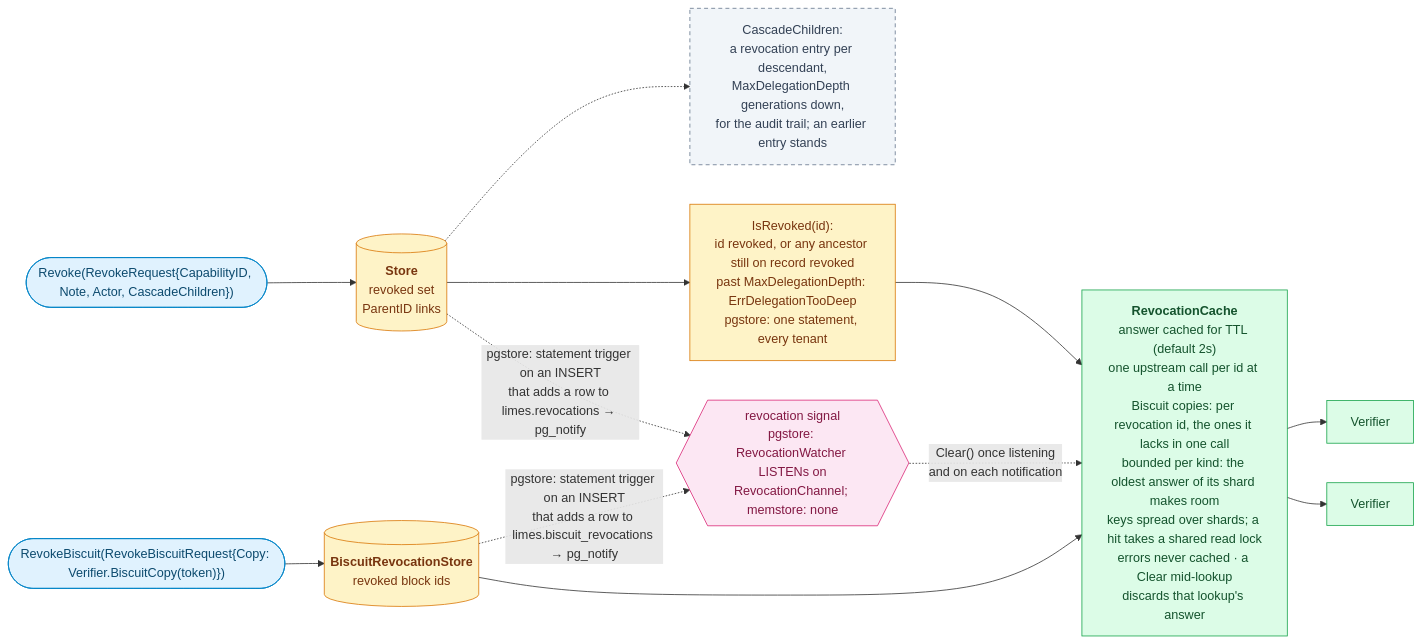
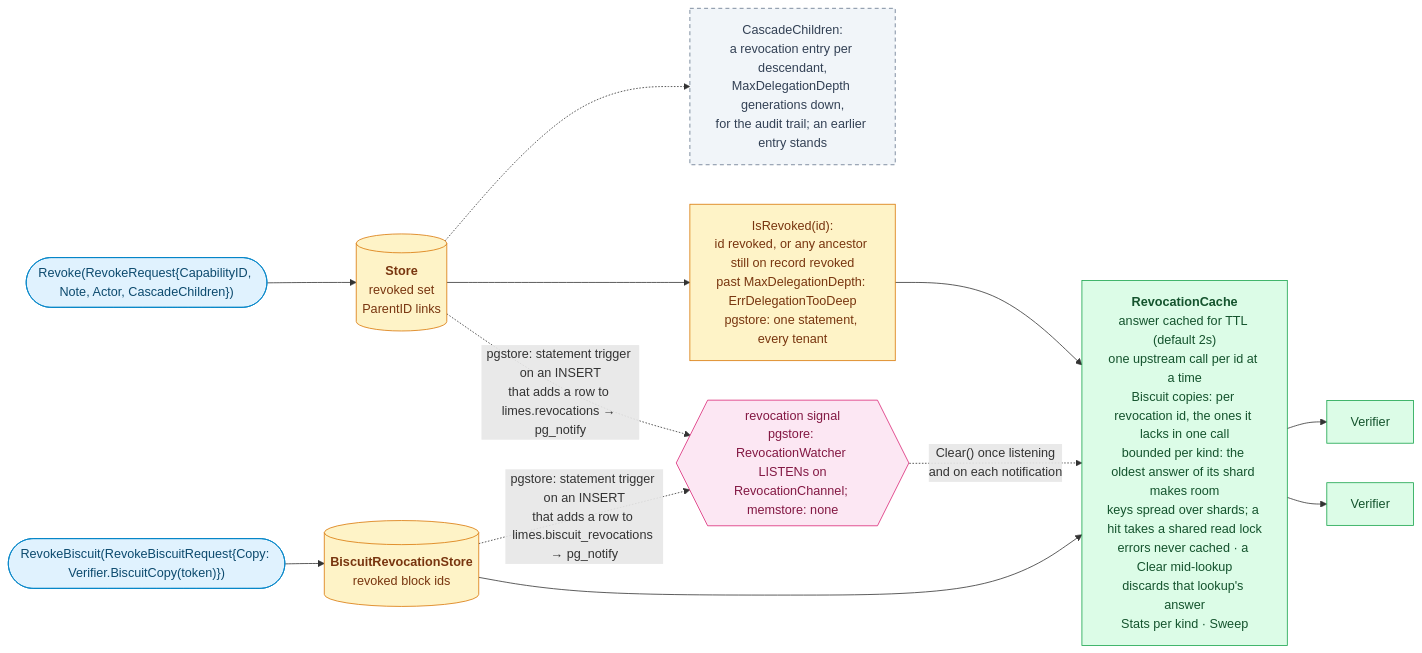
One commit to oleg-tkachuk/limes changed diagram 11 of 13 in docs/diagrams.md. Above: the diagram before and after it, drawn with Mermaid. The commit also changed other lines of this file and 10 other files, not shown here.

First line of the commit message:
docs: bring the guide, diagrams and comments in line with the code

````diff
--- a/docs/diagrams.md
+++ b/docs/diagrams.md
@@ -879,34 +894,34 @@
 ```mermaid
 flowchart LR
     op(["Revoke(RevokeRequest{CapabilityID, Note, Actor, CascadeChildren})"])
     store[("<b>Store</b><br/>revoked set<br/>ParentID links")]
     cascade["CascadeChildren:<br/>a revocation entry per descendant,<br/>MaxDelegationDepth generations down,<br/>for the audit trail; an earlier entry stands"]
     chain["IsRevoked(id):<br/>id revoked, or any ancestor still on record revoked<br/>past MaxDelegationDepth: ErrDelegationTooDeep<br/>pgstore: one statement, every tenant"]
-    cache["<b>RevocationCache</b><br/>answer cached for TTL (default 2s)<br/>one upstream call per id at a time<br/>Biscuit copies: per revocation id, the ones it lacks in one call<br/>bounded per kind: the oldest answer of its shard makes room<br/>keys spread over shards; a hit takes a shared read lock<br/>errors never cached · a Clear mid-lookup<br/>discards that lookup's answer"]
+    cache["<b>RevocationCache</b><br/>answer cached for TTL (default 2s)<br/>one upstream call per id at a time<br/>Biscuit copies: per revocation id, the ones it lacks in one call<br/>bounded per kind: the oldest answer of its shard makes room<br/>keys spread over shards; a hit takes a shared read lock<br/>errors never cached · a Clear mid-lookup<br/>discards that lookup's answer<br/>Stats per kind · Sweep"]
     notify{{"revocation signal<br/>pgstore: RevocationWatcher LISTENs on<br/>RevocationChannel; memstore: none"}}
     bop(["RevokeBiscuit(RevokeBiscuitRequest{Copy: Verifier.BiscuitCopy(token)})"])
     blist[("<b>BiscuitRevocationStore</b><br/>revoked block ids")]
     v1["Verifier"]
     v2["Verifier"]
 
     op --> store
     store -.-> cascade
     store --> chain --> cache
     cache --> v1
     cache --> v2
     store -. "pgstore: statement trigger on an INSERT<br/>that adds a row to limes.revocations → pg_notify" .-> notify
     blist -. "pgstore: statement trigger on an INSERT<br/>that adds a row to limes.biscuit_revocations → pg_notify" .-> notify
     notify -. "Clear() once listening<br/>and on each notification" .-> cache
     bop --> blist --> cache
 
     classDef client fill:#E0F2FE,stroke:#0284C7,color:#0C4A6E
     classDef role fill:#DCFCE7,stroke:#16A34A,color:#14532D
     classDef optional fill:#F1F5F9,stroke:#64748B,color:#334155,stroke-dasharray:5 4
     classDef store fill:#FEF3C7,stroke:#D97706,color:#78350F
     classDef external fill:#FCE7F3,stroke:#DB2777,color:#831843
     class op,bop client
     class v1,v2,cache role
     class cascade optional
     class store,chain,blist store
     class notify external
 ```
````
